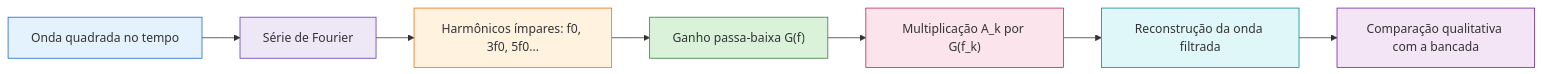
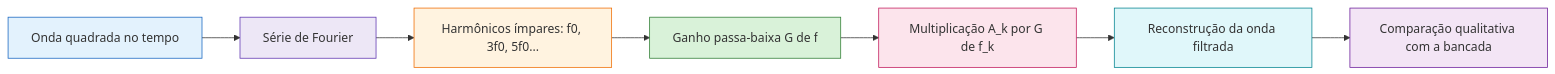
The diagram in README.md (gutermanjunior/Lab3-2026-Exp3Atv0-Fourier-Filtro_RC), drawn with Mermaid before and after one commit.

````diff
--- a/README.md
+++ b/README.md
@@ -227,18 +227,18 @@
 ```mermaid
 flowchart LR
 
 A[Onda quadrada no tempo] --> B[Série de Fourier]
 B --> C[Harmônicos ímpares: f0, 3f0, 5f0...]
-C --> D["Ganho passa-baixa G(f)"]
-D --> E["Multiplicação A_k por G(f_k)"]
+C --> D["Ganho passa-baixa G de f"]
+D --> E["Multiplicação A_k por G de f_k"]
 E --> F[Reconstrução da onda filtrada]
 F --> G[Comparação qualitativa com a bancada]
 
 style A fill:#e3f2fd,stroke:#1565c0,stroke-width:1px
 style B fill:#ede7f6,stroke:#5e35b1,stroke-width:1px
 style C fill:#fff3e0,stroke:#ef6c00,stroke-width:1px
 style D fill:#d9f2d9,stroke:#2e7d32,stroke-width:1px
 style E fill:#fce4ec,stroke:#c2185b,stroke-width:1px
 style F fill:#e0f7fa,stroke:#00838f,stroke-width:1px
 style G fill:#f3e5f5,stroke:#6a1b9a,stroke-width:1px
 ```
````
